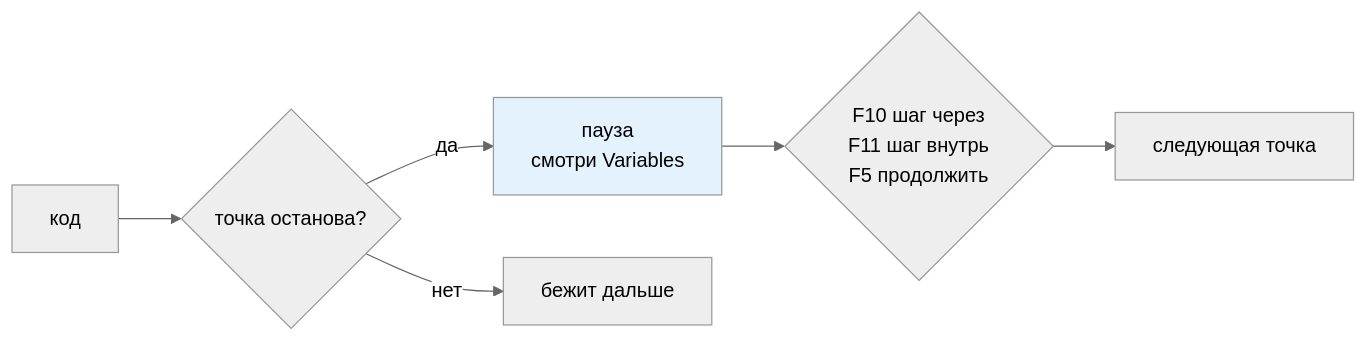
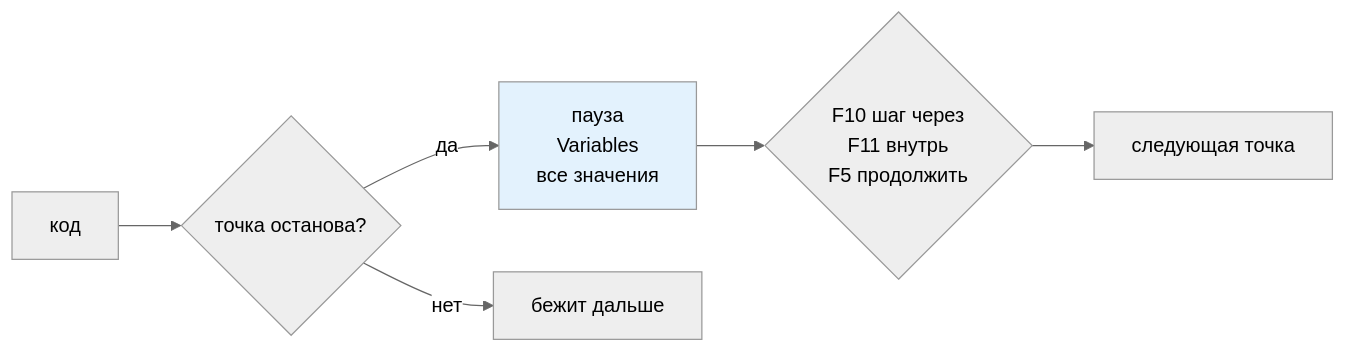
Before and after one commit to JayStorm228/College: the second of 5 diagrams in 02_Курсы/01. Инженерные практики Python/01_Лекции/09. Отладка и диагностика.md, drawn with Mermaid (neutral theme). The commit also changed other lines of this file and 7 other files, not shown here.

First line of the commit message:
инженерка 09,11-17: перепись разжёвано + диаграммы

````diff
--- a/02_Курсы/01. Инженерные практики Python/01_Лекции/09. Отладка и диагностика.md
+++ b/02_Курсы/01. Инженерные практики Python/01_Лекции/09. Отладка и диагностика.md
@@ -76,9 +82,9 @@
 ```mermaid
 flowchart LR
   A[код] --> B{точка останова?}
-  B -- да --> C[пауза<br>смотри Variables]
-  C --> D{F10 шаг через<br>F11 шаг внутрь<br>F5 продолжить}
+  B -- да --> C[пауза<br>Variables<br>все значения]
+  C --> D{F10 шаг через<br>F11 внутрь<br>F5 продолжить}
   D --> E[следующая точка]
   B -- нет --> F[бежит дальше]
   style C fill:#e3f2fd
 ```
````
